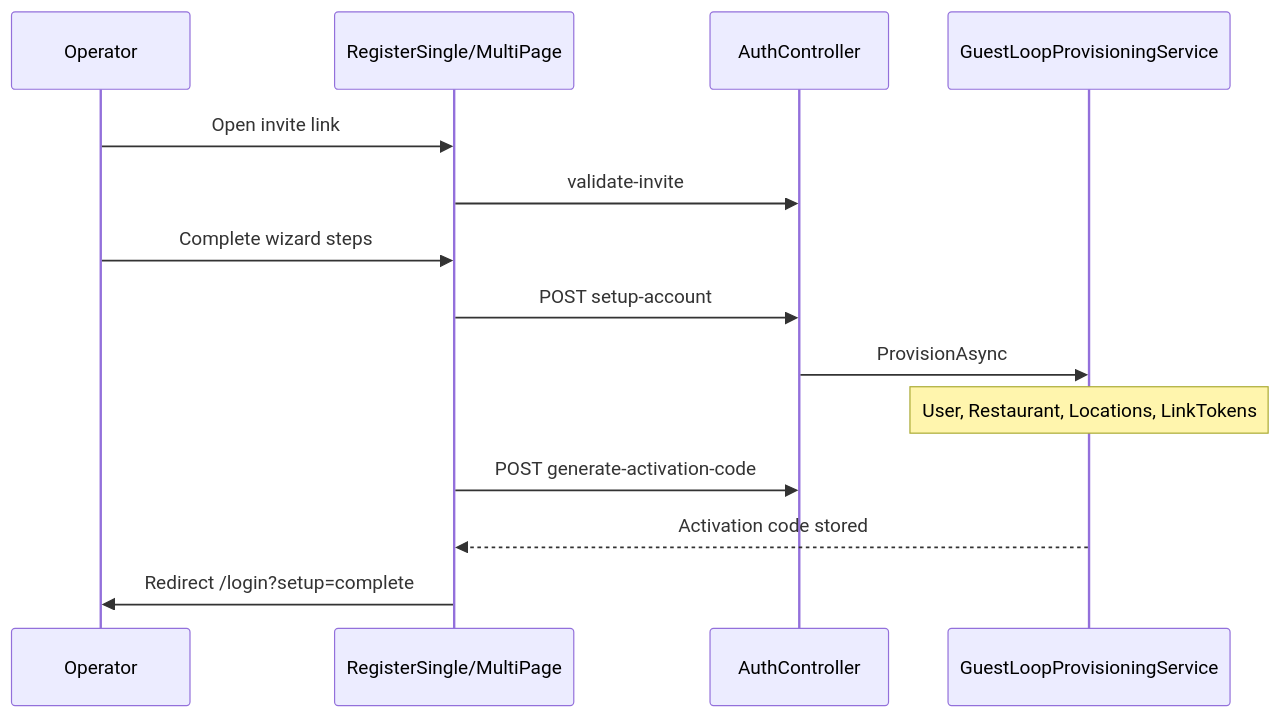
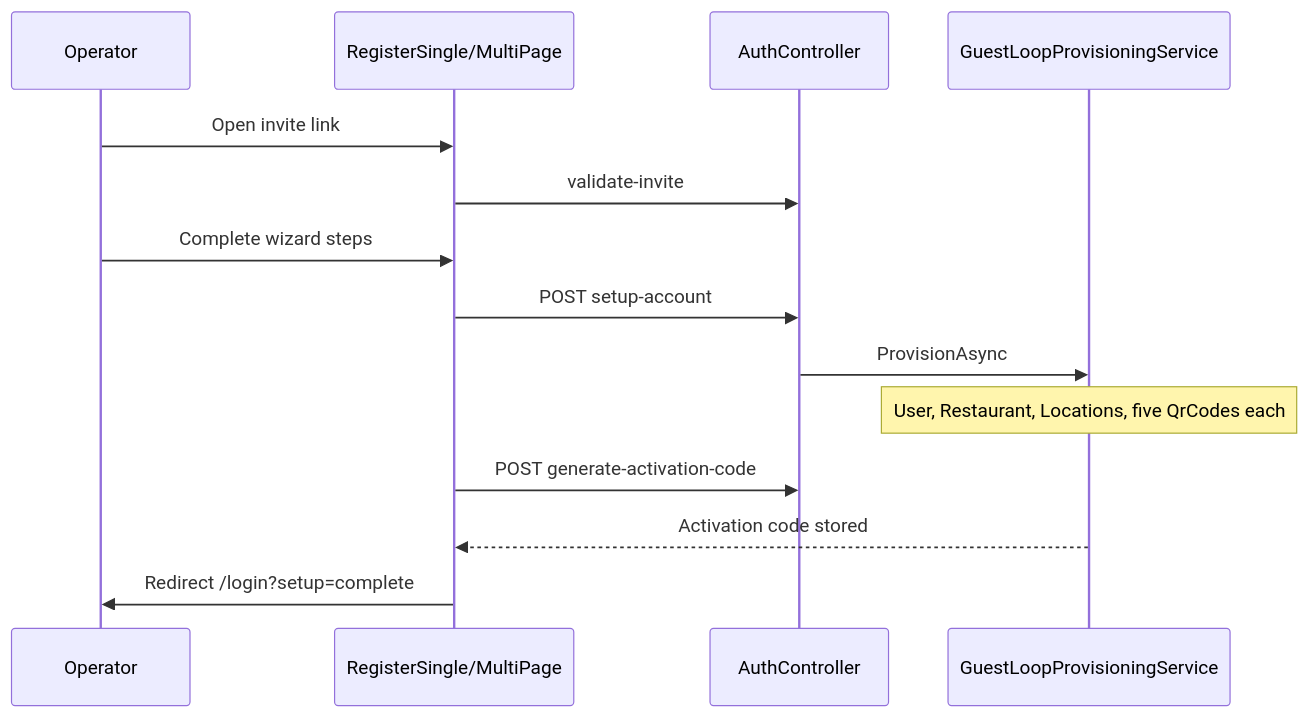
One commit to Tummly/Tummly changed the diagram in docs/product/operator-setup.md. Above: the diagram before and after it, drawn with Mermaid. The commit also changed other lines of this file and 84 other files, not shown here.

````diff
--- a/docs/product/operator-setup.md
+++ b/docs/product/operator-setup.md
@@ -201,17 +205,17 @@
 ```mermaid
 sequenceDiagram
     participant Op as Operator
     participant FE as RegisterSingle/MultiPage
     participant API as AuthController
     participant PROV as GuestLoopProvisioningService
 
     Op->>FE: Open invite link
     FE->>API: validate-invite
     Op->>FE: Complete wizard steps
     FE->>API: POST setup-account
     API->>PROV: ProvisionAsync
-    Note over PROV: User, Restaurant, Locations, LinkTokens
+    Note over PROV: User, Restaurant, Locations, five QrCodes each
     FE->>API: POST generate-activation-code
     PROV-->>FE: Activation code stored
     FE->>Op: Redirect /login?setup=complete
 ```
````
